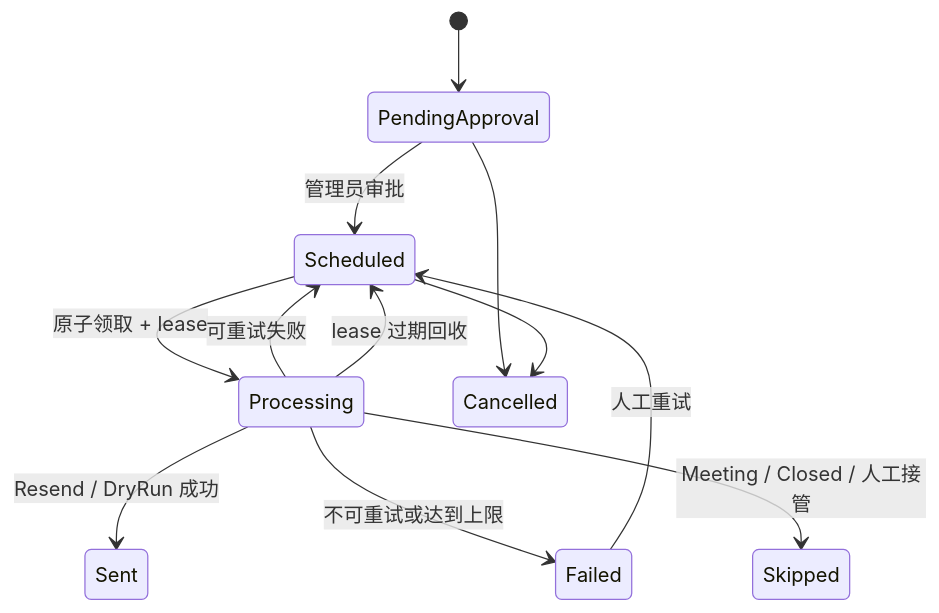
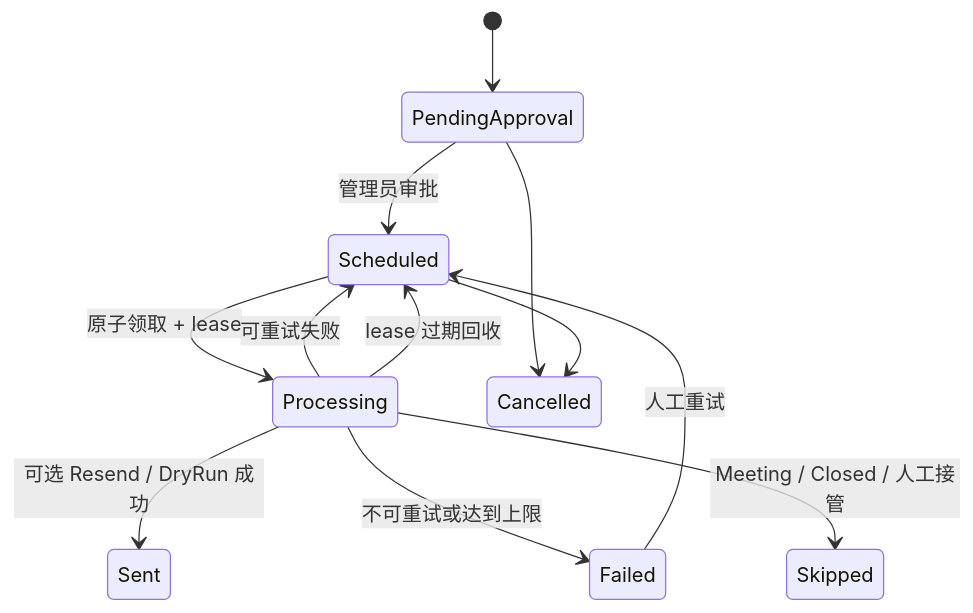
Before and after one commit to wuyuhang0519-cyber/julu-ai-sales-assistant: the fifth of 5 diagrams in docs/architecture.md, drawn with Mermaid. The commit also changed other lines of this file and 8 other files, not shown here.

````diff
--- a/docs/architecture.md
+++ b/docs/architecture.md
@@ -92,14 +92,14 @@
 ```mermaid
 stateDiagram-v2
   [*] --> PendingApproval
   PendingApproval --> Scheduled: 管理员审批
   Scheduled --> Processing: 原子领取 + lease
-  Processing --> Sent: Resend / DryRun 成功
+  Processing --> Sent: 可选 Resend / DryRun 成功
   Processing --> Scheduled: 可重试失败
   Processing --> Failed: 不可重试或达到上限
   Processing --> Skipped: Meeting / Closed / 人工接管
   Processing --> Scheduled: lease 过期回收
   PendingApproval --> Cancelled
   Scheduled --> Cancelled
   Failed --> Scheduled: 人工重试
 ```
````
